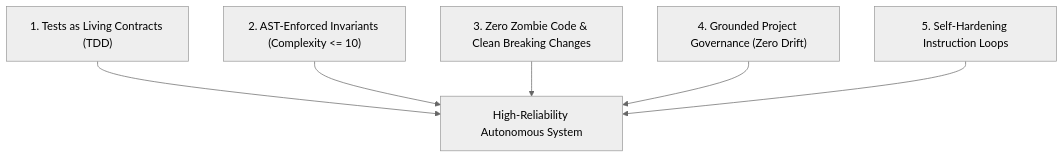
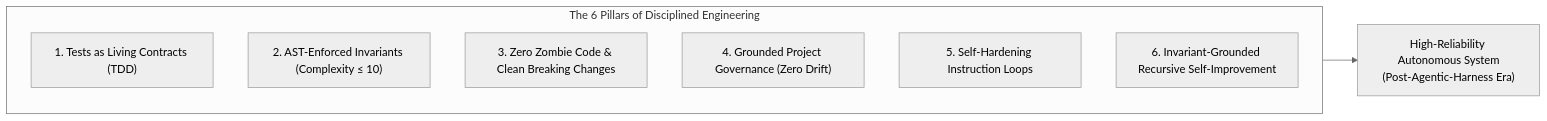
One commit to dan-petty/vibes changed the diagram in docs/MANIFESTO.md. Above: the diagram before and after it, drawn with Mermaid (neutral theme). The commit also changed other lines of this file and 6 other files, not shown here.

Commit message:
feat(docs): add Observation 28, RSI pattern, and Manifesto Pillar 6 on post-harness architecture (#79)

````diff
--- a/docs/MANIFESTO.md
+++ b/docs/MANIFESTO.md
@@ -25,14 +25,14 @@
 ```mermaid
-flowchart TD
-    P1["1. Tests as Living Contracts (TDD)"]
-    P2["2. AST-Enforced Invariants (Complexity <= 10)"]
-    P3["3. Zero Zombie Code & Clean Breaking Changes"]
-    P4["4. Grounded Project Governance (Zero Drift)"]
-    P5["5. Self-Hardening Instruction Loops"]
+flowchart LR
+    subgraph Pillars ["The 6 Pillars of Disciplined Engineering"]
+        direction TB
+        P1["1. Tests as Living Contracts (TDD)"]
+        P2["2. AST-Enforced Invariants (Complexity &le; 10)"]
+        P3["3. Zero Zombie Code & Clean Breaking Changes"]
+        P4["4. Grounded Project Governance (Zero Drift)"]
+        P5["5. Self-Hardening Instruction Loops"]
+        P6["6. Invariant-Grounded Recursive Self-Improvement"]
+    end
 
-    P1 --> Scaffold[High-Reliability Autonomous System]
-    P2 --> Scaffold
-    P3 --> Scaffold
-    P4 --> Scaffold
-    P5 --> Scaffold
+    Pillars --> Scaffold["High-Reliability Autonomous System<br/>(Post-Agentic-Harness Era)"]
 ```
````
